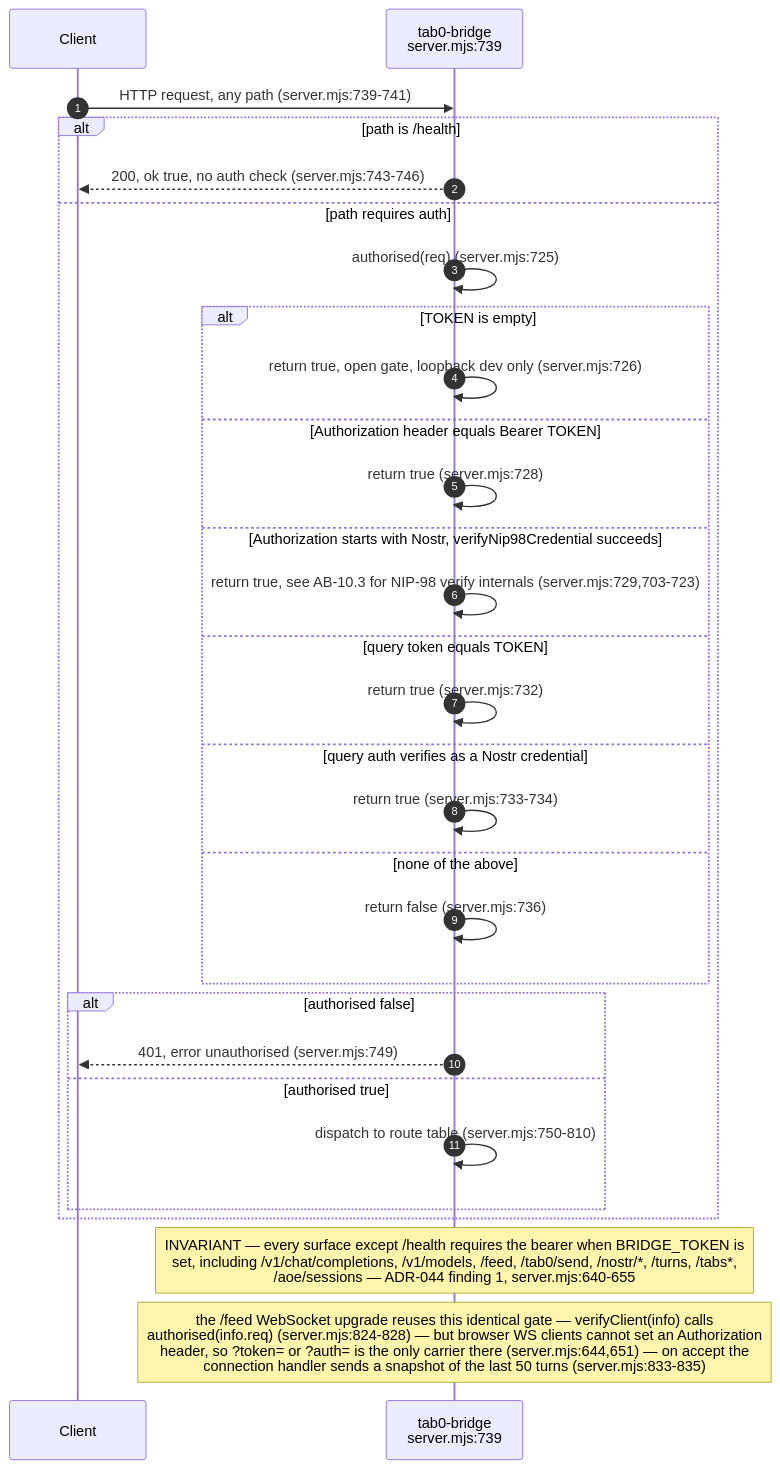
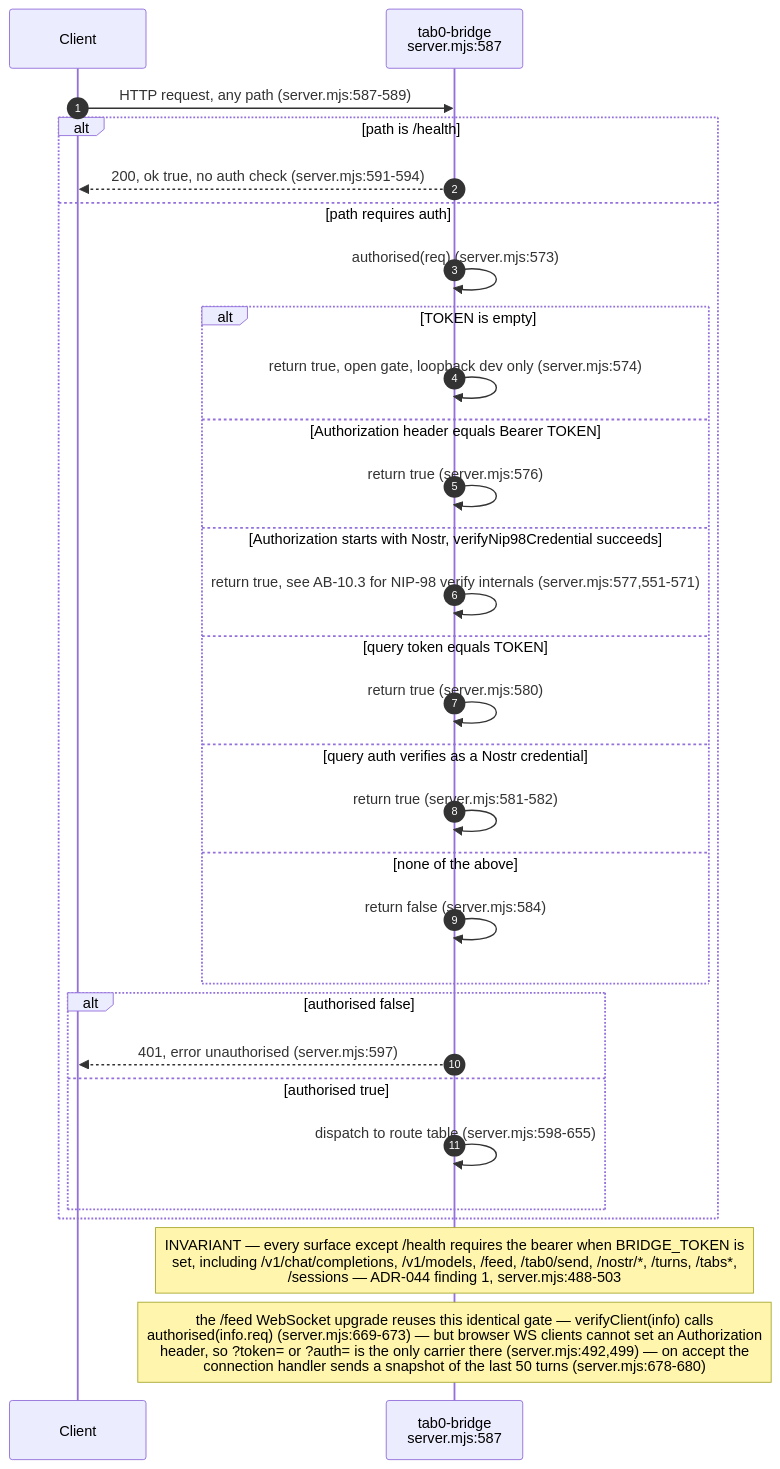
The second of 12 diagrams in docs/diagrams/agentbox/12-tab0-bridge-and-interaction-plane.md (DreamLab-AI/VisionFlow), drawn with Mermaid before and after one commit. The commit also changed other lines of this file and 145 other files, not shown here.

````diff
--- a/docs/diagrams/agentbox/12-tab0-bridge-and-interaction-plane.md
+++ b/docs/diagrams/agentbox/12-tab0-bridge-and-interaction-plane.md
@@ -85,33 +96,33 @@
 ```mermaid
 sequenceDiagram
     autonumber
     participant C as Client
-    participant B as tab0-bridge<br/>server.mjs:739
+    participant B as tab0-bridge<br/>server.mjs:587
 
-    C->>B: HTTP request, any path (server.mjs:739-741)
+    C->>B: HTTP request, any path (server.mjs:587-589)
     alt path is /health
-        B-->>C: 200, ok true, no auth check (server.mjs:743-746)
+        B-->>C: 200, ok true, no auth check (server.mjs:591-594)
     else path requires auth
-        B->>B: authorised(req) (server.mjs:725)
+        B->>B: authorised(req) (server.mjs:573)
         alt TOKEN is empty
-            B->>B: return true, open gate, loopback dev only (server.mjs:726)
+            B->>B: return true, open gate, loopback dev only (server.mjs:574)
         else Authorization header equals Bearer TOKEN
-            B->>B: return true (server.mjs:728)
+            B->>B: return true (server.mjs:576)
         else Authorization starts with Nostr, verifyNip98Credential succeeds
-            B->>B: return true, see AB-10.3 for NIP-98 verify internals (server.mjs:729,703-723)
+            B->>B: return true, see AB-10.3 for NIP-98 verify internals (server.mjs:577,551-571)
         else query token equals TOKEN
-            B->>B: return true (server.mjs:732)
+            B->>B: return true (server.mjs:580)
         else query auth verifies as a Nostr credential
-            B->>B: return true (server.mjs:733-734)
+            B->>B: return true (server.mjs:581-582)
         else none of the above
-            B->>B: return false (server.mjs:736)
+            B->>B: return false (server.mjs:584)
         end
         alt authorised false
-            B-->>C: 401, error unauthorised (server.mjs:749)
+            B-->>C: 401, error unauthorised (server.mjs:597)
         else authorised true
-            B->>B: dispatch to route table (server.mjs:750-810)
+            B->>B: dispatch to route table (server.mjs:598-655)
         end
     end
-Note over B: INVARIANT — every surface except /health requires the bearer when BRIDGE_TOKEN is<br/>set, including /v1/chat/completions, /v1/models, /feed, /tab0/send, /nostr/*, /turns, /tabs*,<br/>/aoe/sessions — ADR-044 finding 1, server.mjs:640-655
-Note over B: the /feed WebSocket upgrade reuses this identical gate — verifyClient(info) calls<br/>authorised(info.req) (server.mjs:824-828) — but browser WS clients cannot set an Authorization<br/>header, so ?token= or ?auth= is the only carrier there (server.mjs:644,651) — on accept the<br/>connection handler sends a snapshot of the last 50 turns (server.mjs:833-835)
+Note over B: INVARIANT — every surface except /health requires the bearer when BRIDGE_TOKEN is<br/>set, including /v1/chat/completions, /v1/models, /feed, /tab0/send, /nostr/*, /turns, /tabs*,<br/>/sessions — ADR-044 finding 1, server.mjs:488-503
+Note over B: the /feed WebSocket upgrade reuses this identical gate — verifyClient(info) calls<br/>authorised(info.req) (server.mjs:669-673) — but browser WS clients cannot set an Authorization<br/>header, so ?token= or ?auth= is the only carrier there (server.mjs:492,499) — on accept the<br/>connection handler sends a snapshot of the last 50 turns (server.mjs:678-680)
 ```
````
